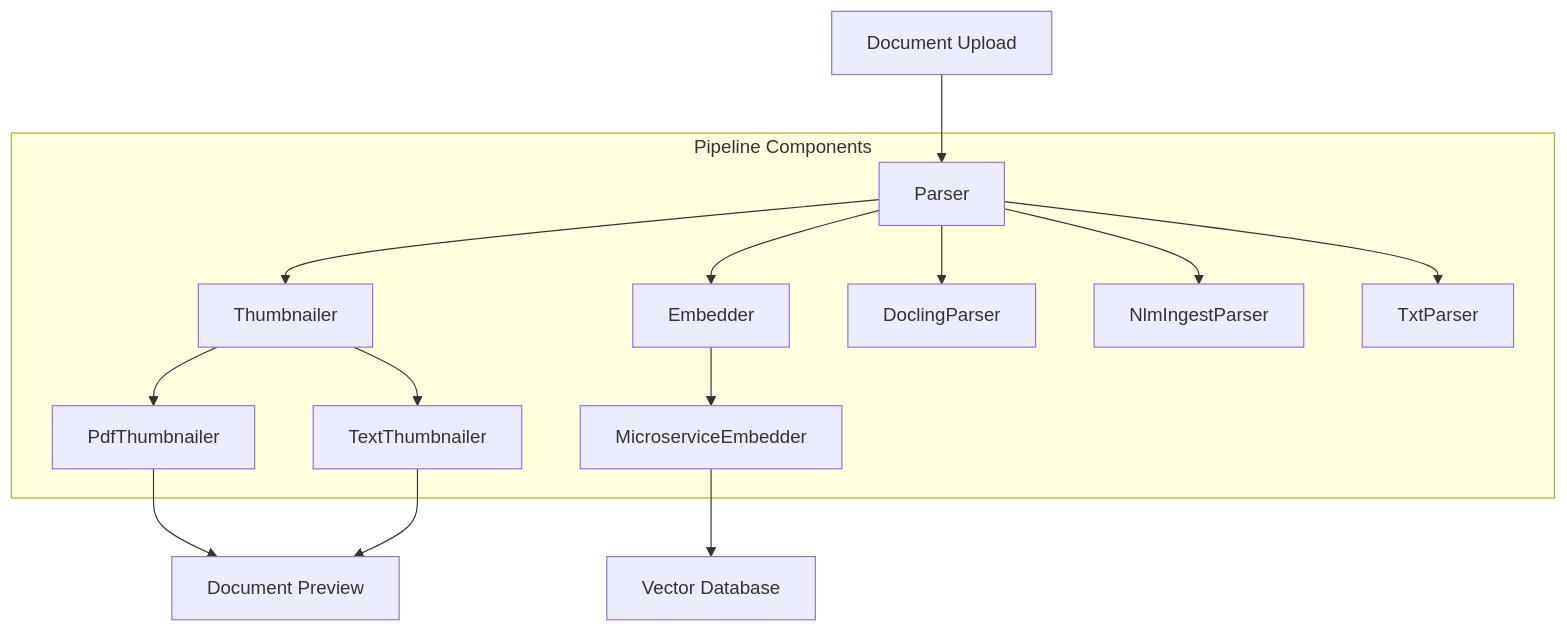
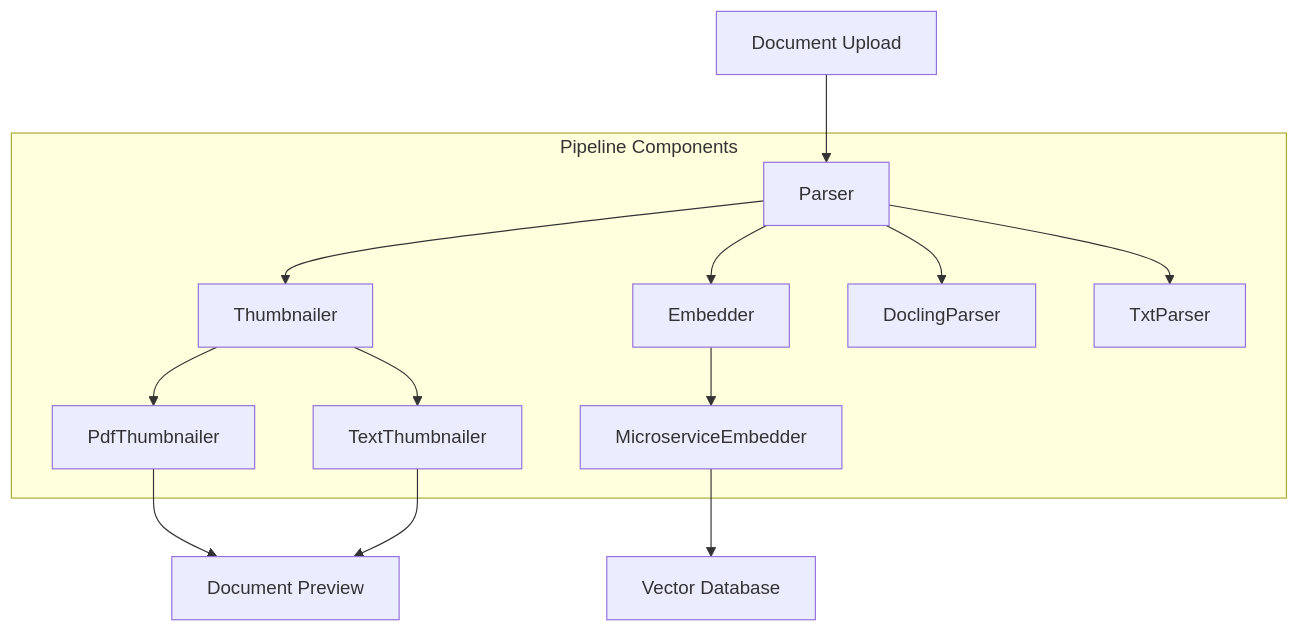
The diagram in docs/pipelines/pipeline_overview.md (JSv4/OpenContracts), drawn with Mermaid before and after one commit. The commit also changed other lines of this file and 7 other files, not shown here.

Commit message:
Consolidated metadata documentation. Removed references to nlm_ingest (as we're not really using or supporting it anymore). Removed planned_features subfolder in docs.

````diff
--- a/docs/pipelines/pipeline_overview.md
+++ b/docs/pipelines/pipeline_overview.md
@@ -15,21 +15,20 @@
 ```mermaid
 graph TD
     A[Document Upload] --> B[Parser]
     B --> C[Thumbnailer]
     B --> D[Embedder]
 
     subgraph "Pipeline Components"
         B --> B1[DoclingParser]
-        B --> B2[NlmIngestParser]
         B --> B3[TxtParser]
 
         C --> C1[PdfThumbnailer]
         C --> C2[TextThumbnailer]
 
         D --> D1[MicroserviceEmbedder]
     end
 
     C1 --> E[Document Preview]
     C2 --> E
     D1 --> F[Vector Database]
 ```
````
